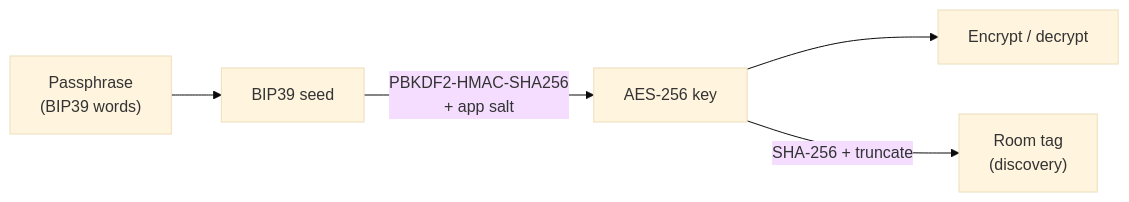
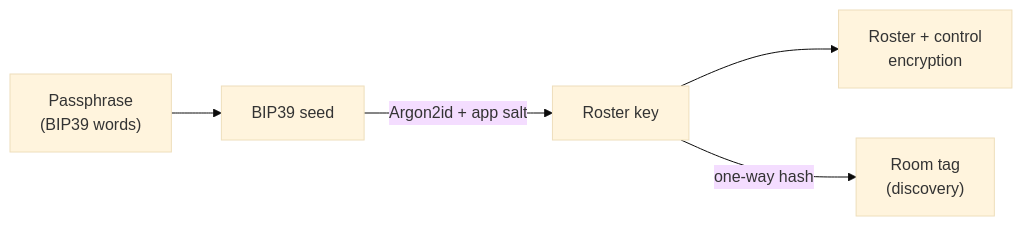
The diagram in docs/concepts/identity.md (nodsoftware/passnote), drawn with Mermaid (base theme) before and after one commit. The commit also changed other lines of this file and 17 other files, not shown here.

````diff
--- a/docs/concepts/identity.md
+++ b/docs/concepts/identity.md
@@ -31,7 +22,7 @@
 ```mermaid
 flowchart LR
   P["Passphrase<br/>(BIP39 words)"] --> S["BIP39 seed"]
-  S -->|PBKDF2-HMAC-SHA256<br/>+ app salt| K["AES-256 key"]
-  K --> Cipher["Encrypt / decrypt"]
-  K -->|SHA-256 + truncate| Room["Room tag<br/>(discovery)"]
+  S -->|Argon2id + app salt| K["Roster key"]
+  K --> RC["Roster + control<br/>encryption"]
+  K -->|one-way hash| Room["Room tag<br/>(discovery)"]
 ```
````
